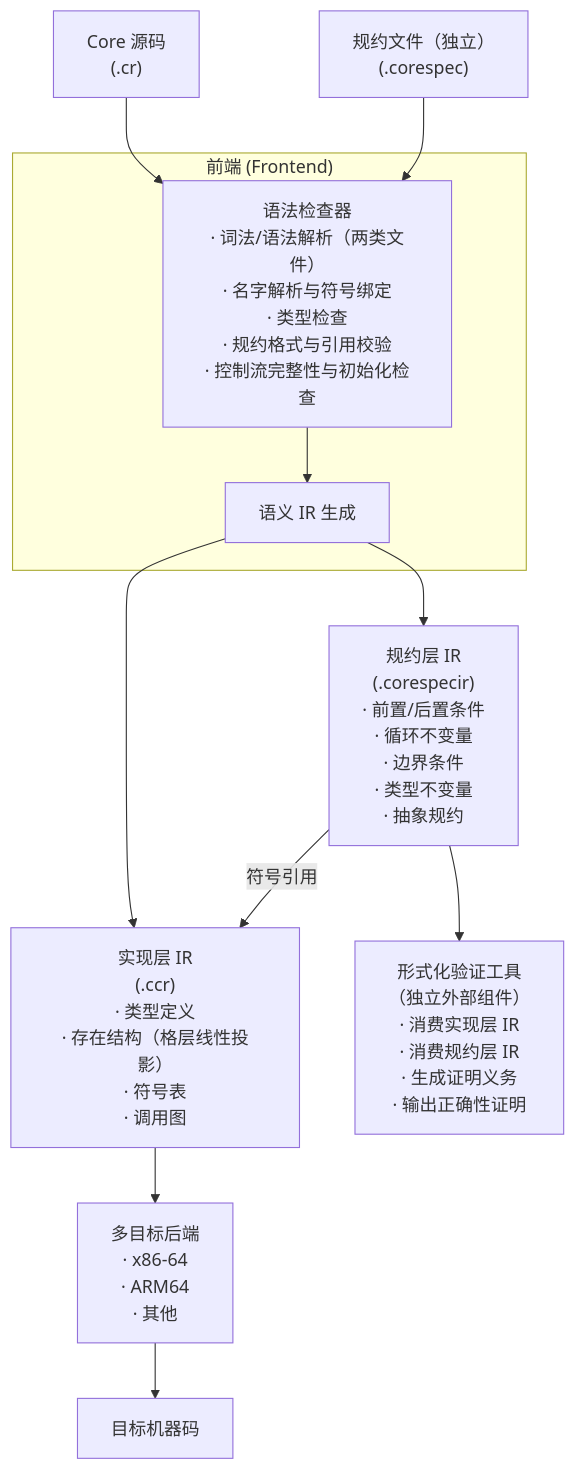
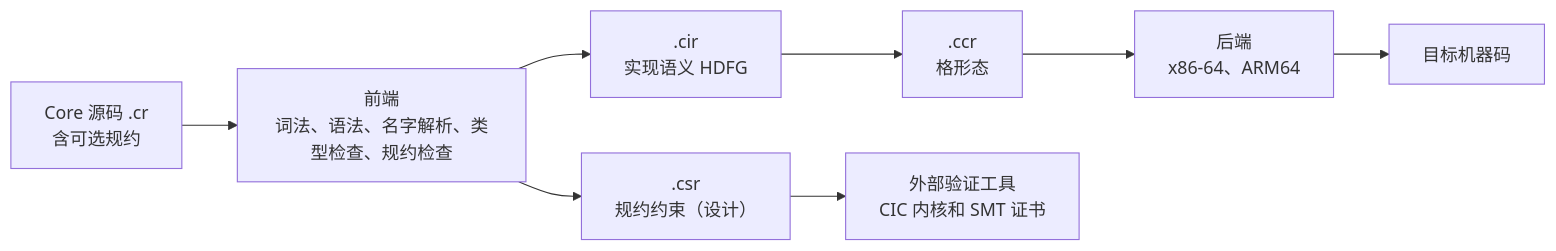
One commit to dslsdzc/core changed the diagram in docs/project-book.md. Above: the diagram before and after it, drawn with Mermaid. The commit also changed other lines of this file and 592 other files, not shown here.

````diff
--- a/docs/project-book.md
+++ b/docs/project-book.md
@@ -119,32 +100,10 @@
 ```mermaid
-graph TD
-    A["Core 源码<br/>(.cr)"]
-    B["规约文件（独立）<br/>(.corespec)"]
-
-    subgraph Frontend["前端 (Frontend)"]
-        checker["语法检查器<br/>· 词法/语法解析（两类文件）<br/>· 名字解析与符号绑定<br/>· 类型检查<br/>· 规约格式与引用校验<br/>· 控制流完整性与初始化检查"]
-        irGen["语义 IR 生成"]
-        checker --> irGen
-    end
-
-    A --> checker
-    B --> checker
-
-    implIR["实现层 IR<br/>(.ccr)<br/>· 类型定义<br/>· 存在结构（格层线性投影）<br/>· 符号表<br/>· 调用图"]
-    specIR["规约层 IR<br/>(.corespecir)<br/>· 前置/后置条件<br/>· 循环不变量<br/>· 边界条件<br/>· 类型不变量<br/>· 抽象规约"]
-
-    irGen --> implIR
-    irGen --> specIR
-
-    specIR -->|符号引用| implIR
-
-    backend["多目标后端<br/>· x86-64<br/>· ARM64<br/>· 其他"]
-    verifier["形式化验证工具<br/>（独立外部组件）<br/>· 消费实现层 IR<br/>· 消费规约层 IR<br/>· 生成证明义务<br/>· 输出正确性证明"]
-
-    implIR --> backend
-    specIR --> verifier
-
-    target["目标机器码"]
-
-    backend --> target
+flowchart LR
+    SRC["Core 源码 .cr<br/>含可选规约"] --> FE["前端<br/>词法、语法、名字解析、类型检查、规约检查"]
+    FE --> CIR[".cir<br/>实现语义 HDFG"]
+    FE --> CSR[".csr<br/>规约约束（设计）"]
+    CIR --> CCR[".ccr<br/>格形态"]
+    CCR --> BE["后端<br/>x86-64、ARM64"]
+    BE --> BIN["目标机器码"]
+    CSR --> VER["外部验证工具<br/>CIC 内核和 SMT 证书"]
 ```
````
